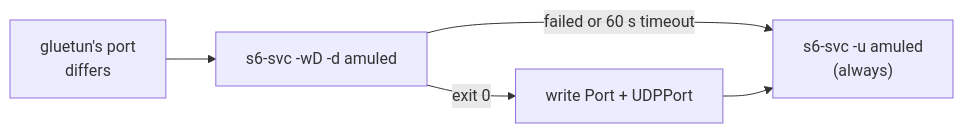
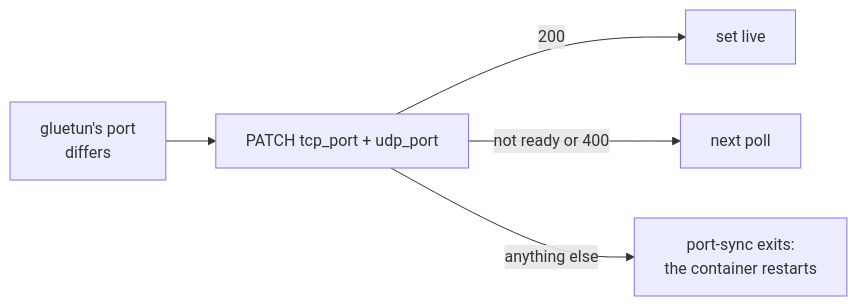
One commit to mission-titar/p2pwatch changed diagram 11 of 12 in docs/contributing/architecture.md. Above: the diagram before and after it, drawn with Mermaid. The commit also changed other lines of this file and 7 other files, not shown here.

First line of the commit message:
docs: bring the contributor docs and rules to the live port change

````diff
--- a/docs/contributing/architecture.md
+++ b/docs/contributing/architecture.md
@@ -676,7 +678,7 @@
 ```mermaid
 flowchart LR
-  g["gluetun's port<br/>differs"] --> d["s6-svc -wD -d amuled"]
-  d -->|"exit 0"| w["write Port + UDPPort"]
-  d -->|"failed or 60 s timeout"| u
-  w --> u["s6-svc -u amuled<br/>(always)"]
+  g["gluetun's port<br/>differs"] --> p["PATCH tcp_port + udp_port"]
+  p -->|"200"| ok["set live"]
+  p -->|"not ready or 400"| n["next poll"]
+  p -->|"anything else"| x["port-sync exits:<br/>the container restarts"]
 ```
````
